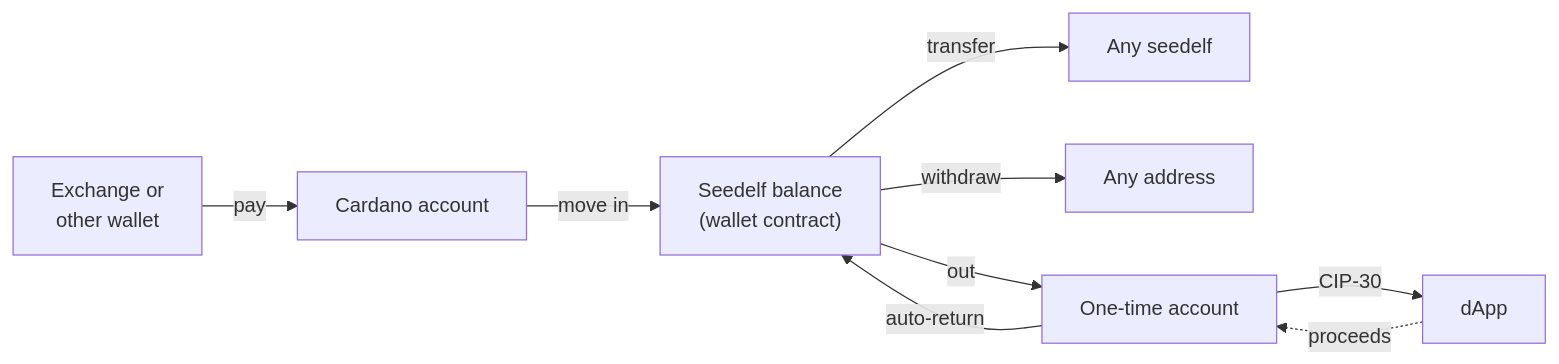
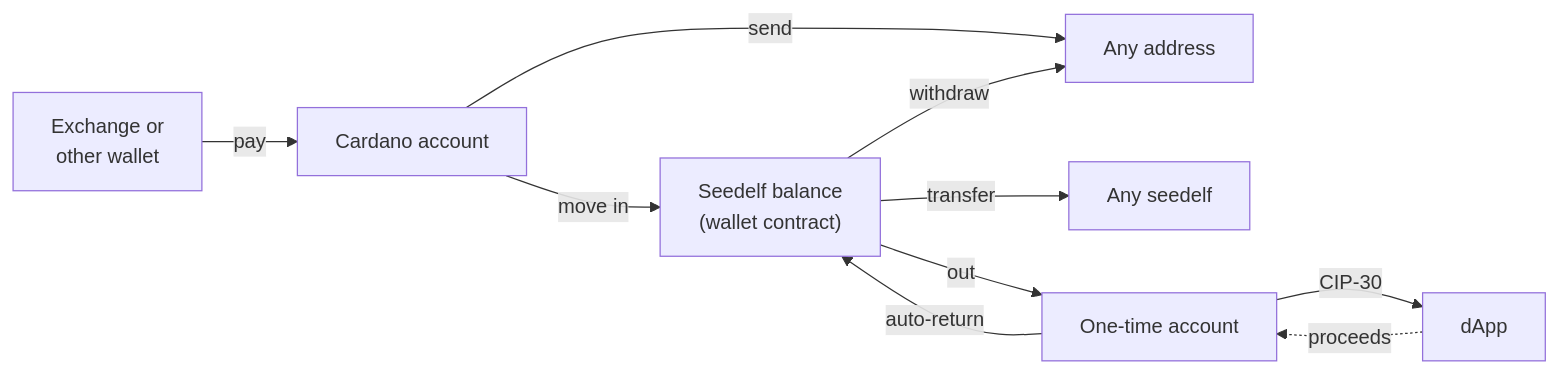
One commit to logical-mechanism/Seedelf-Wallet changed the diagram in seedelf-platform/seedelf-web-wallet/docs/flows.md. Above: the diagram before and after it, drawn with Mermaid. The commit also changed other lines of this file and 40 other files, not shown here.

First line of the commit message:
send from the Cardano account, and the minimum ADA worked out for tokens (roadmap chunk 12)

````diff
--- a/seedelf-platform/seedelf-web-wallet/docs/flows.md
+++ b/seedelf-platform/seedelf-web-wallet/docs/flows.md
@@ -5,11 +5,12 @@
 ```mermaid
 flowchart LR
   Ext["Exchange or<br/>other wallet"] -- "pay" --> Dep["Cardano account"]
   Dep -- "move in" --> S["Seedelf balance<br/>(wallet contract)"]
+  Dep -- "send" --> Addr
   S -- "transfer" --> Other["Any seedelf"]
   S -- "withdraw" --> Addr["Any address"]
   S -- "out" --> OT["One-time account"]
   OT -- "CIP-30" --> D["dApp"]
   D -. "proceeds" .-> OT
   OT -- "auto-return" --> S
 ```
````
